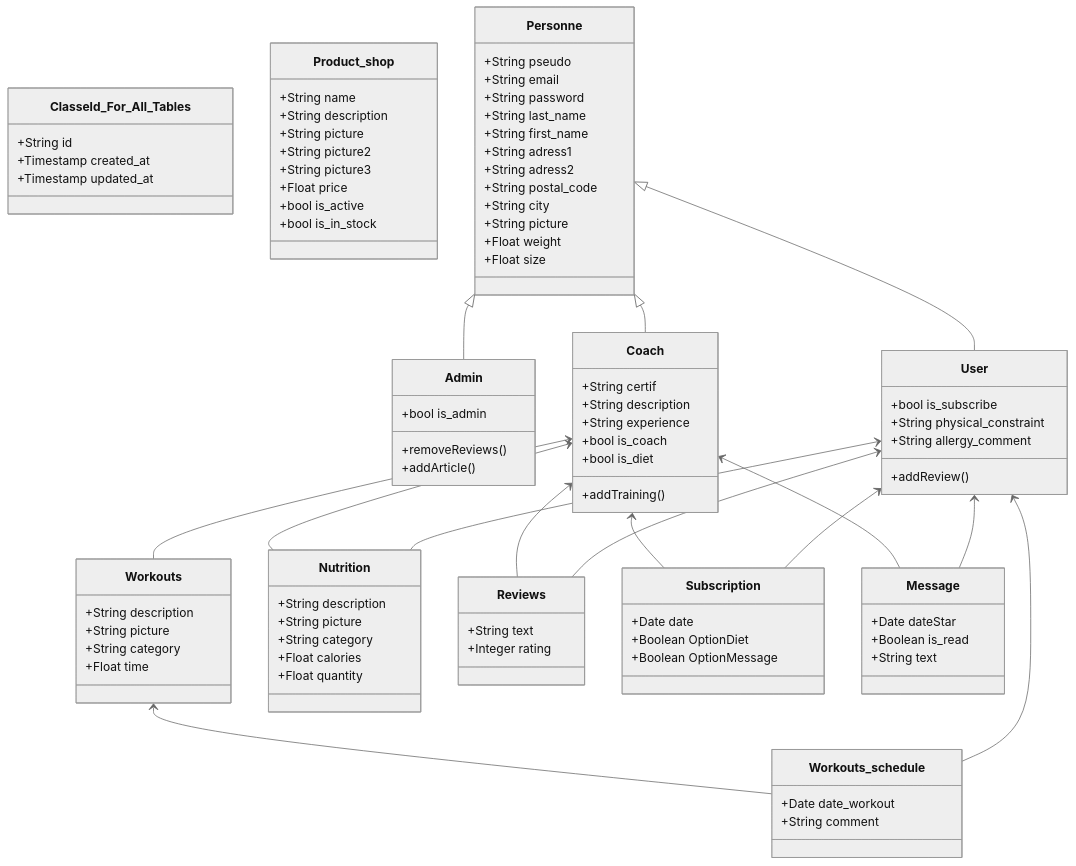
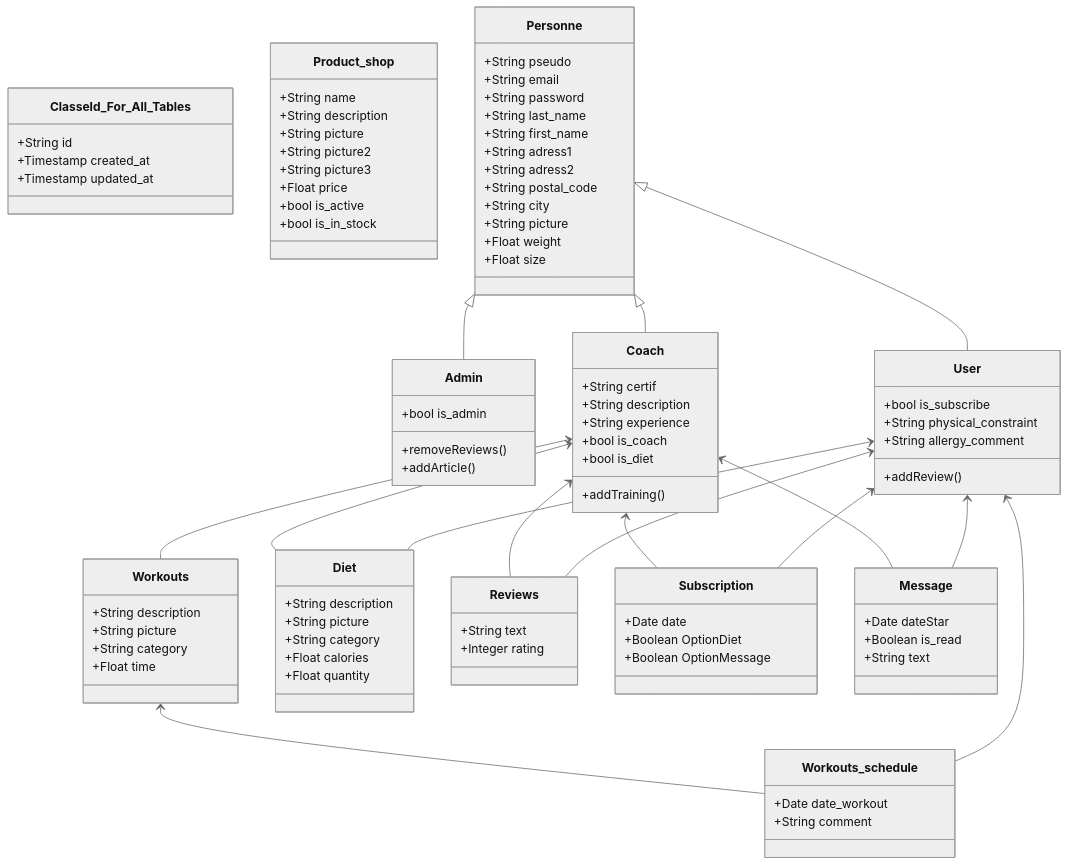
The diagram in Documentation/(Stage 3) Technical Documentation.md (Genia888/FitnessHub), drawn with Mermaid (neutral theme) before and after one commit.

Commit message:
Update (Stage 3) Technical Documentation.md

```diff
--- a/Documentation/(Stage 3) Technical Documentation.md
+++ b/Documentation/(Stage 3) Technical Documentation.md
@@ -128,7 +128,7 @@
       +Float time
     }
 
-    class Nutrition {
+    class Diet {
       +String description
       +String picture
       +String category<Protein,Carbs,Fats,...>
@@ -184,8 +184,8 @@
     Workouts <-- Workouts_schedule
     User <-- Workouts_schedule
     Coach <-- Workouts
-    Coach <-- Nutrition
-    User <-- Nutrition
+    Coach <-- Diet
+    User <-- Diet
     Personne <|-- Admin
     Personne <|-- User
     Personne <|-- Coach
```
